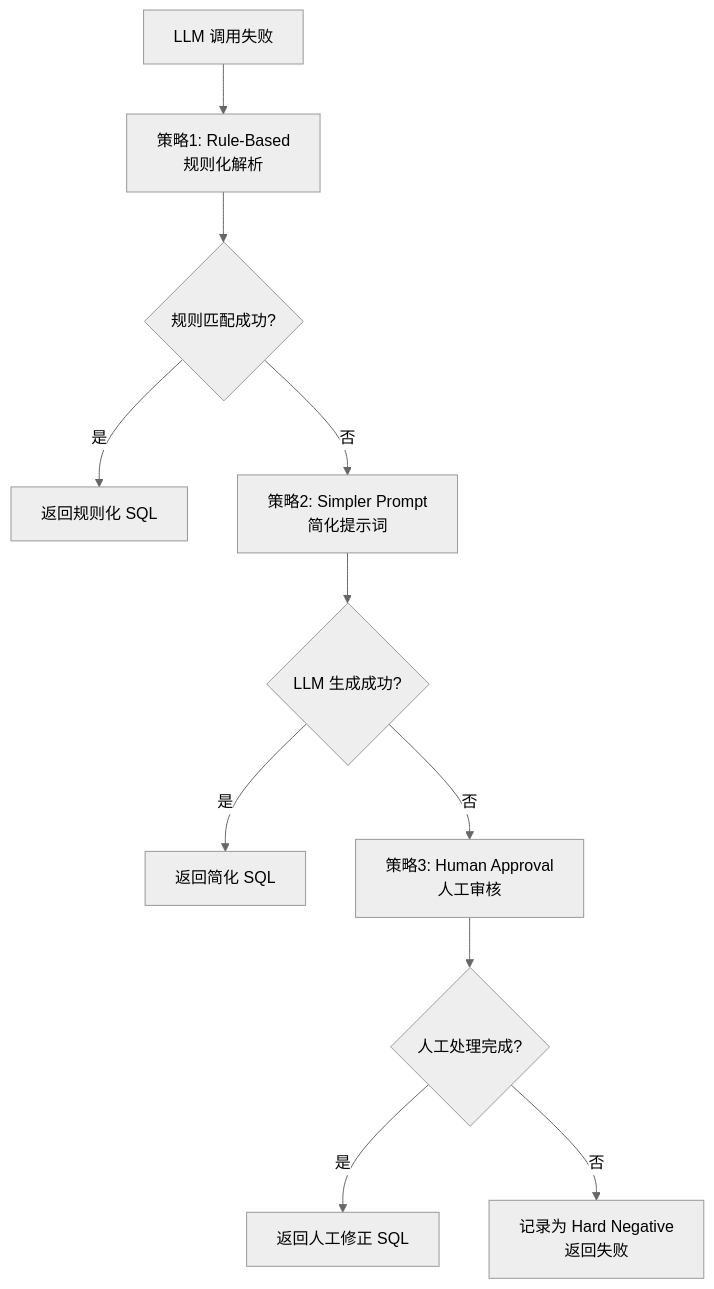
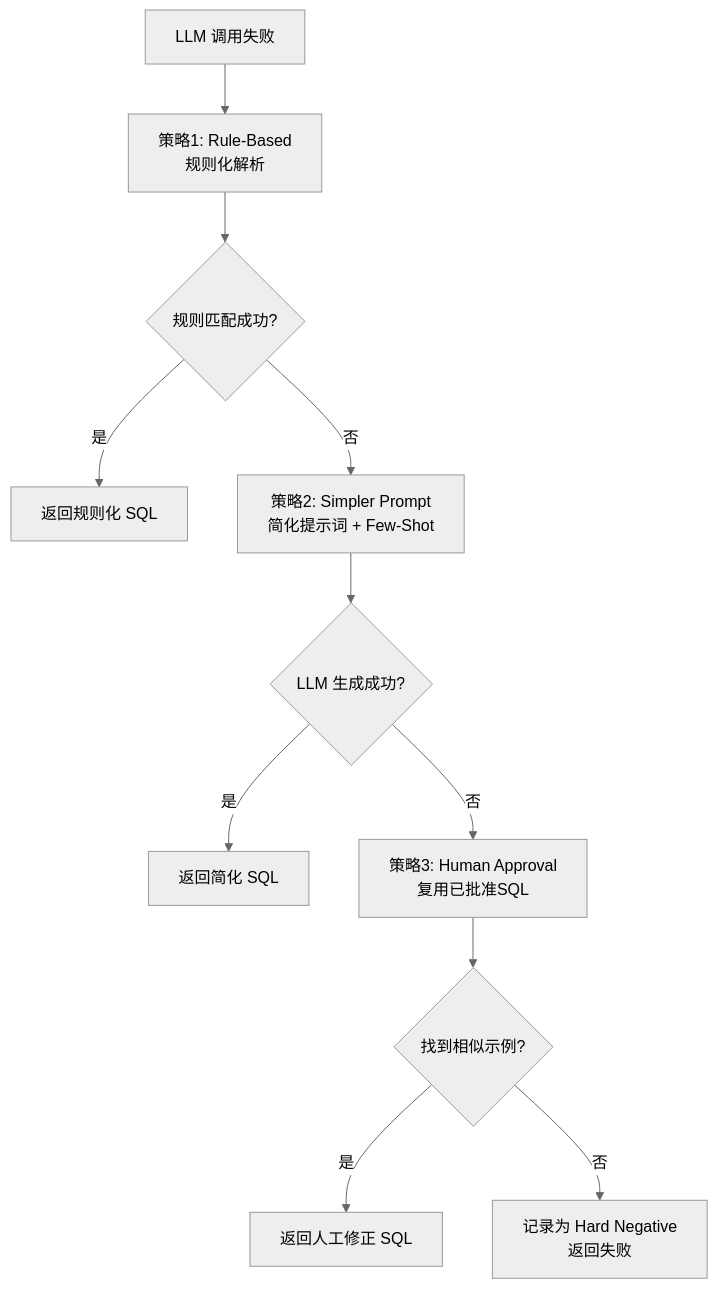
Before and after one commit to dgjin/smart-data-analytics: the eighth of 17 diagrams in .qoder/repowiki/zh/content/AI与LLM集成/容错与故障转移.md, drawn with Mermaid (neutral theme). The commit also changed other lines of this file and 100 other files, not shown here.

````diff
--- a/.qoder/repowiki/zh/content/AI与LLM集成/容错与故障转移.md
+++ b/.qoder/repowiki/zh/content/AI与LLM集成/容错与故障转移.md
@@ -405,13 +403,13 @@
 ```mermaid
 flowchart TD
 A["LLM 调用失败"] --> B["策略1: Rule-Based<br/>规则化解析"]
 B --> C{"规则匹配成功?"}
 C -- 是 --> D["返回规则化 SQL"]
-C -- 否 --> E["策略2: Simpler Prompt<br/>简化提示词"]
+C -- 否 --> E["策略2: Simpler Prompt<br/>简化提示词 + Few-Shot"]
 E --> F{"LLM 生成成功?"}
 F -- 是 --> G["返回简化 SQL"]
-F -- 否 --> H["策略3: Human Approval<br/>人工审核"]
-H --> I{"人工处理完成?"}
+F -- 否 --> H["策略3: Human Approval<br/>复用已批准SQL"]
+H --> I{"找到相似示例?"}
 I -- 是 --> J["返回人工修正 SQL"]
 I -- 否 --> K["记录为 Hard Negative<br/>返回失败"]
 ```
````
